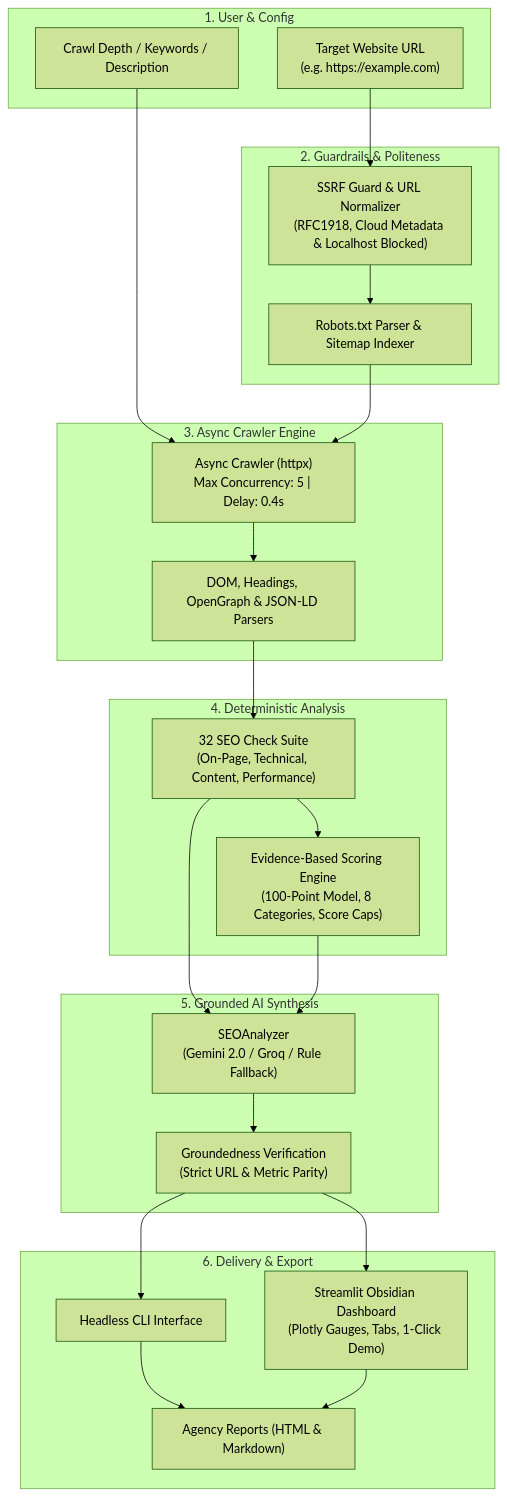
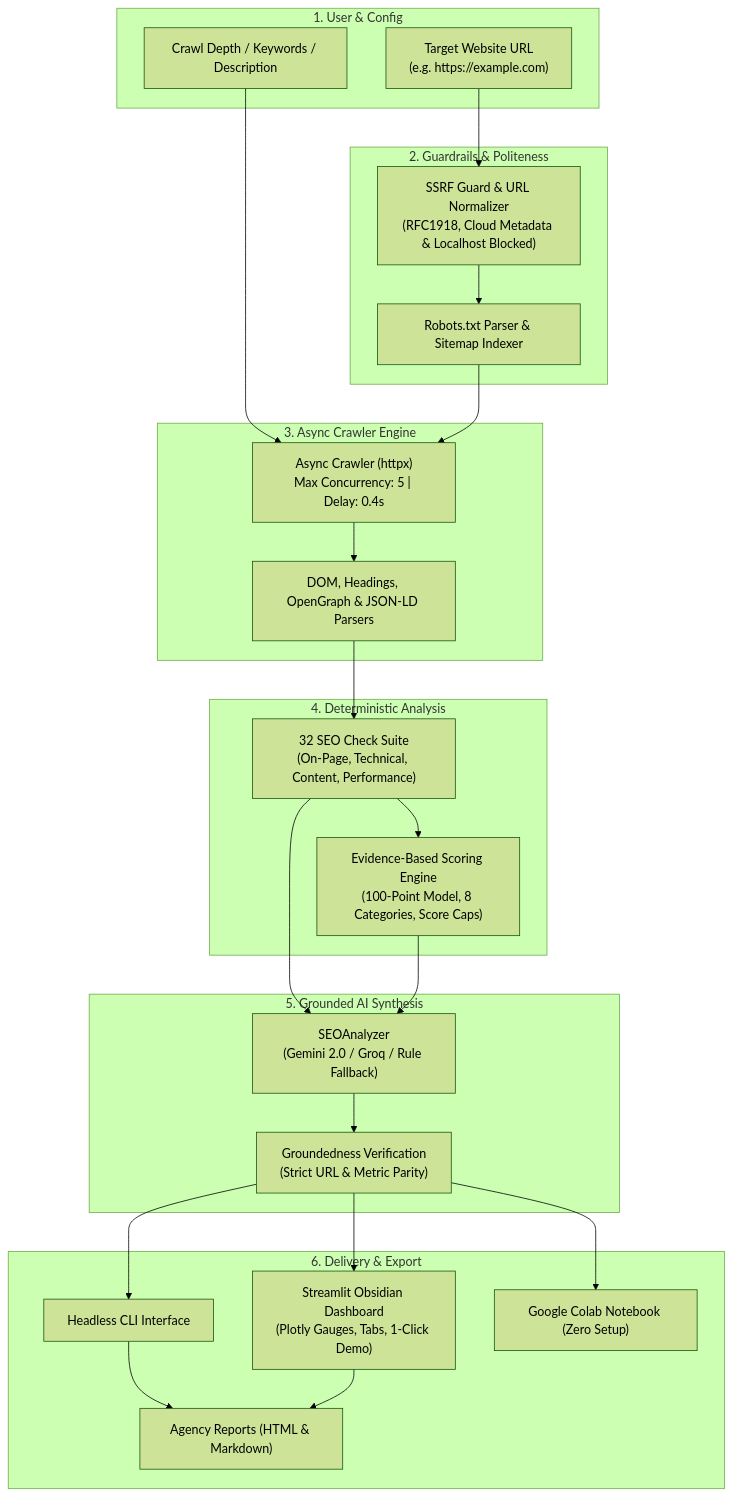
One commit to AmanPorwal30/AuditPilot changed the diagram in README.md. Above: the diagram before and after it, drawn with Mermaid (forest theme). The commit also changed other lines of this file, not shown here.

Commit message:
docs: enrich README with Colab walkthrough, empirical benchmarks, and documentation links

````diff
--- a/README.md
+++ b/README.md
@@ -39,47 +39,49 @@
 ```mermaid
 flowchart TD
     subgraph Input ["1. User & Config"]
         URL["Target Website URL<br/>(e.g. https://example.com)"]
         Opts["Crawl Depth / Keywords / Description"]
     end
 
     subgraph Security ["2. Guardrails & Politeness"]
         SSRF["SSRF Guard & URL Normalizer<br/>(RFC1918, Cloud Metadata & Localhost Blocked)"]
         Robots["Robots.txt Parser & Sitemap Indexer"]
     end
 
     subgraph Harvester ["3. Async Crawler Engine"]
         Crawler["Async Crawler (httpx)<br/>Max Concurrency: 5 | Delay: 0.4s"]
         Parsers["DOM, Headings, OpenGraph & JSON-LD Parsers"]
     end
 
     subgraph Engine ["4. Deterministic Analysis"]
         Checks["32 SEO Check Suite<br/>(On-Page, Technical, Content, Performance)"]
         Scorer["Evidence-Based Scoring Engine<br/>(100-Point Model, 8 Categories, Score Caps)"]
     end
 
     subgraph Intelligence ["5. Grounded AI Synthesis"]
         Analyzer["SEOAnalyzer<br/>(Gemini 2.0 / Groq / Rule Fallback)"]
         Grounding["Groundedness Verification<br/>(Strict URL & Metric Parity)"]
     end
 
     subgraph Delivery ["6. Delivery & Export"]
         UI["Streamlit Obsidian Dashboard<br/>(Plotly Gauges, Tabs, 1-Click Demo)"]
         CLI["Headless CLI Interface"]
         Reports["Agency Reports (HTML & Markdown)"]
+        Colab["Google Colab Notebook (Zero Setup)"]
     end
 
     URL --> SSRF
     Opts --> Crawler
     SSRF --> Robots
     Robots --> Crawler
     Crawler --> Parsers
     Parsers --> Checks
     Checks --> Scorer
     Checks & Scorer --> Analyzer
     Analyzer --> Grounding
     Grounding --> UI
     Grounding --> CLI
+    Grounding --> Colab
     CLI --> Reports
     UI --> Reports
 ```
````
